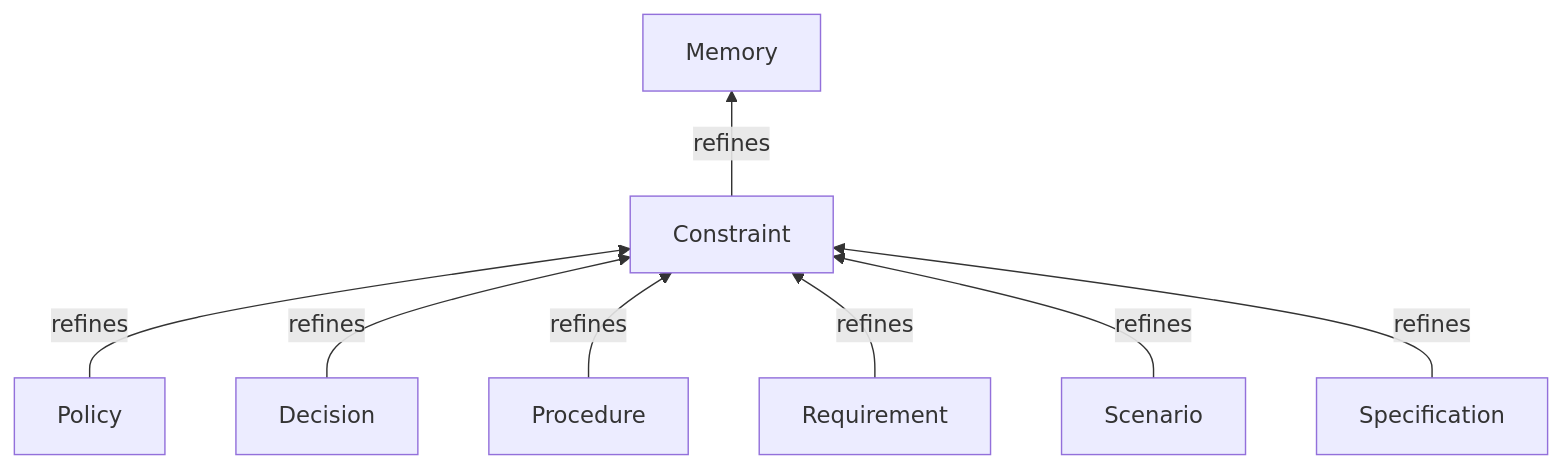
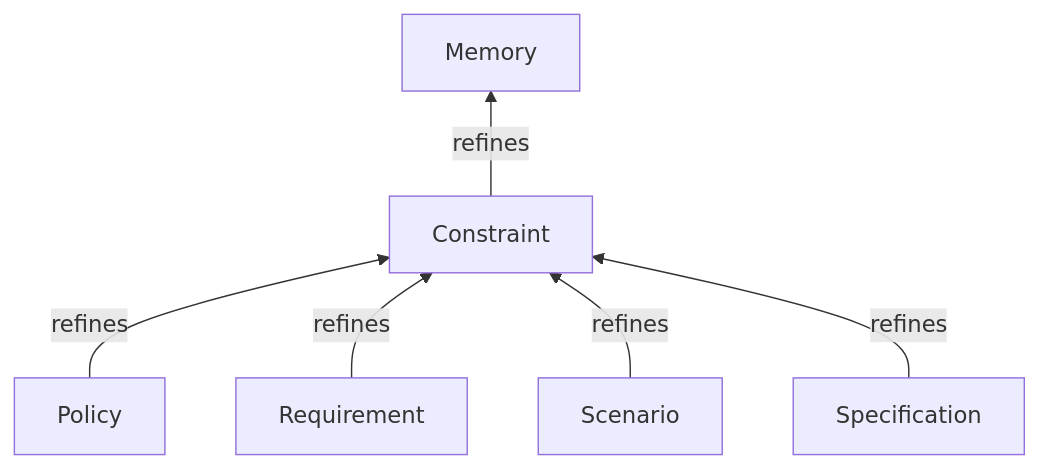
One commit to donnabox/beads changed the fifth of 7 diagrams in engdocs/drafts/preview3-blog.md. Above: the diagram before and after it, drawn with Mermaid. The commit also changed other lines of this file, not shown here.

````diff
--- a/engdocs/drafts/preview3-blog.md
+++ b/engdocs/drafts/preview3-blog.md
@@ -812,10 +828,8 @@
 ```mermaid
 flowchart BT
     Constraint -->|refines| Memory
     Policy -->|refines| Constraint
-    Decision -->|refines| Constraint
-    Procedure -->|refines| Constraint
     Requirement -->|refines| Constraint
     Scenario -->|refines| Constraint
     Specification -->|refines| Constraint
 ```
````
